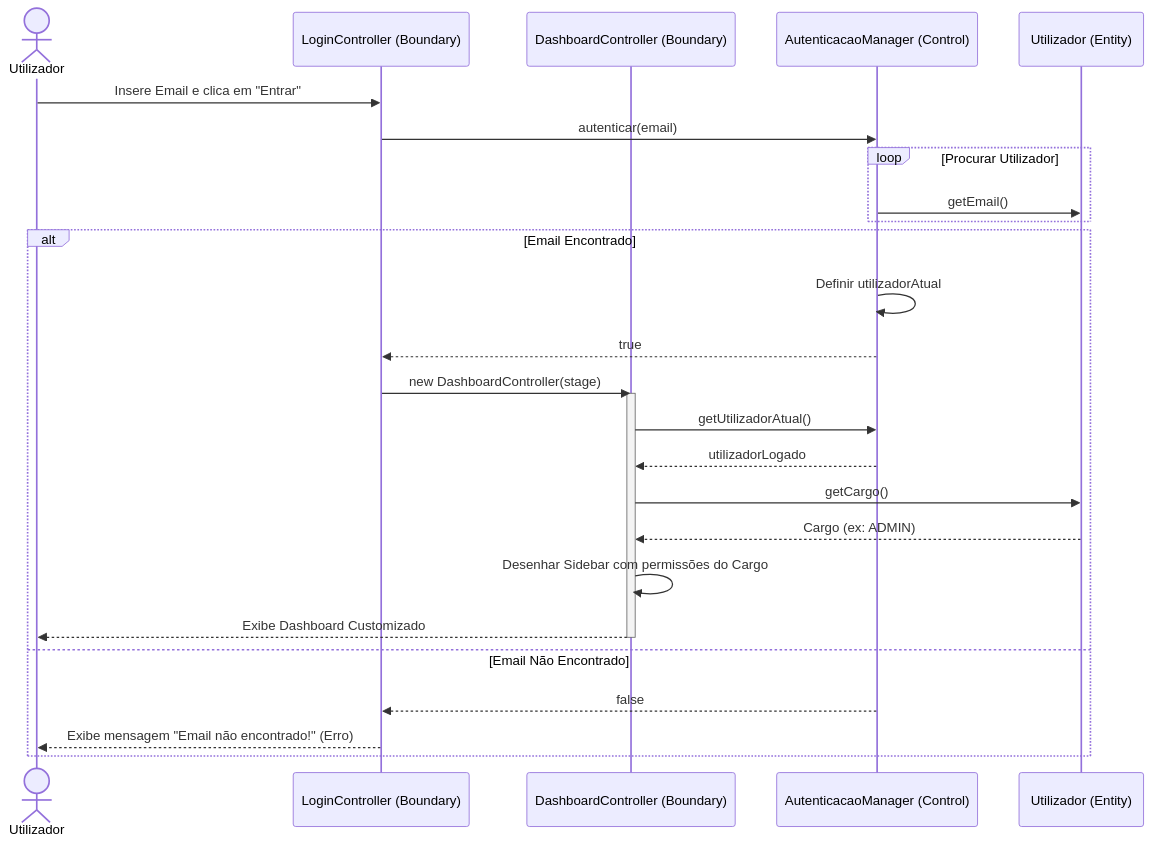
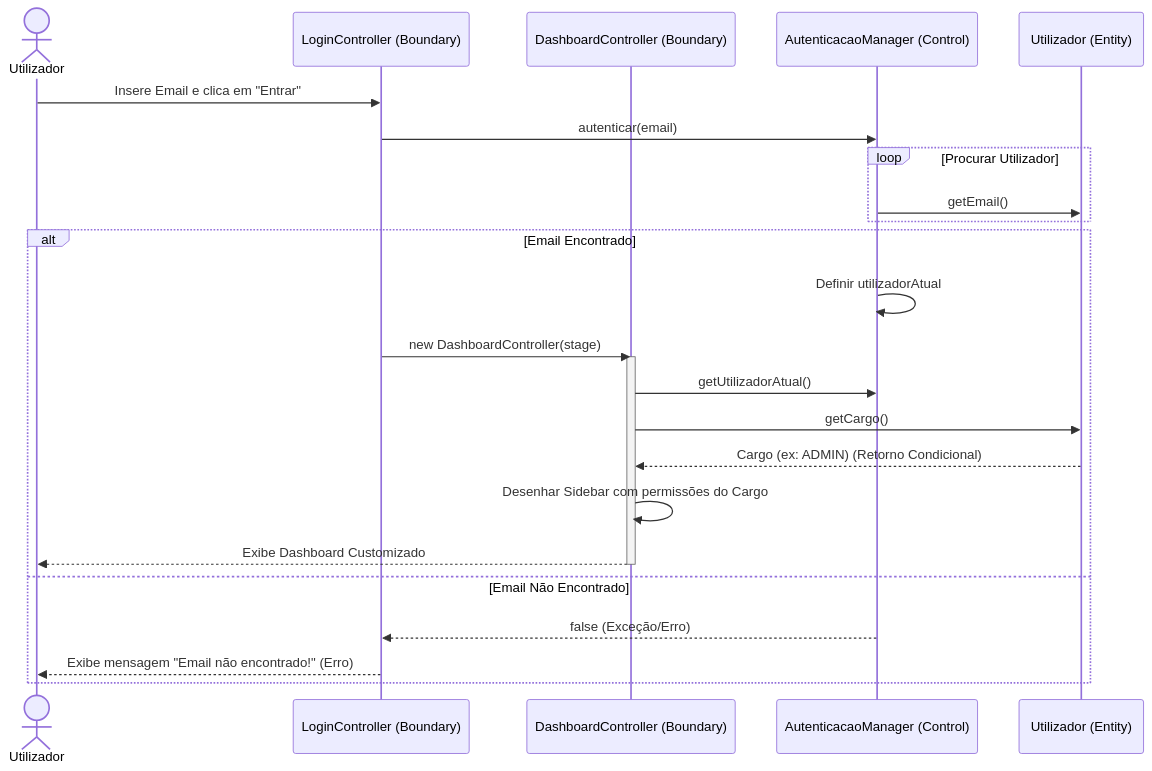
One commit to experimentos373-creator/ES changed the first of 6 diagrams in documentacao_fase2/9_diagramas_sequencia_mermaid.md. Above: the diagram before and after it, drawn with Mermaid. The commit also changed other lines of this file and 113 other files, not shown here.

````diff
--- a/documentacao_fase2/9_diagramas_sequencia_mermaid.md
+++ b/documentacao_fase2/9_diagramas_sequencia_mermaid.md
@@ -8,30 +11,28 @@
 ```mermaid
 sequenceDiagram
     actor U as Utilizador
     participant B1 as LoginController (Boundary)
     participant B2 as DashboardController (Boundary)
     participant C as AutenticacaoManager (Control)
     participant E as Utilizador (Entity)
 
     U->>B1: Insere Email e clica em "Entrar"
     B1->>C: autenticar(email)
     loop Procurar Utilizador
         C->>E: getEmail()
     end
     alt Email Encontrado
         C->>C: Definir utilizadorAtual
-        C-->>B1: true
         B1->>B2: new DashboardController(stage)
         activate B2
         B2->>C: getUtilizadorAtual()
-        C-->>B2: utilizadorLogado
         B2->>E: getCargo()
-        E-->>B2: Cargo (ex: ADMIN)
+        E-->>B2: Cargo (ex: ADMIN) (Retorno Condicional)
         B2->>B2: Desenhar Sidebar com permissões do Cargo
         B2-->>U: Exibe Dashboard Customizado
         deactivate B2
     else Email Não Encontrado
-        C-->>B1: false
+        C-->>B1: false (Exceção/Erro)
         B1-->>U: Exibe mensagem "Email não encontrado!" (Erro)
     end
 ```
````
